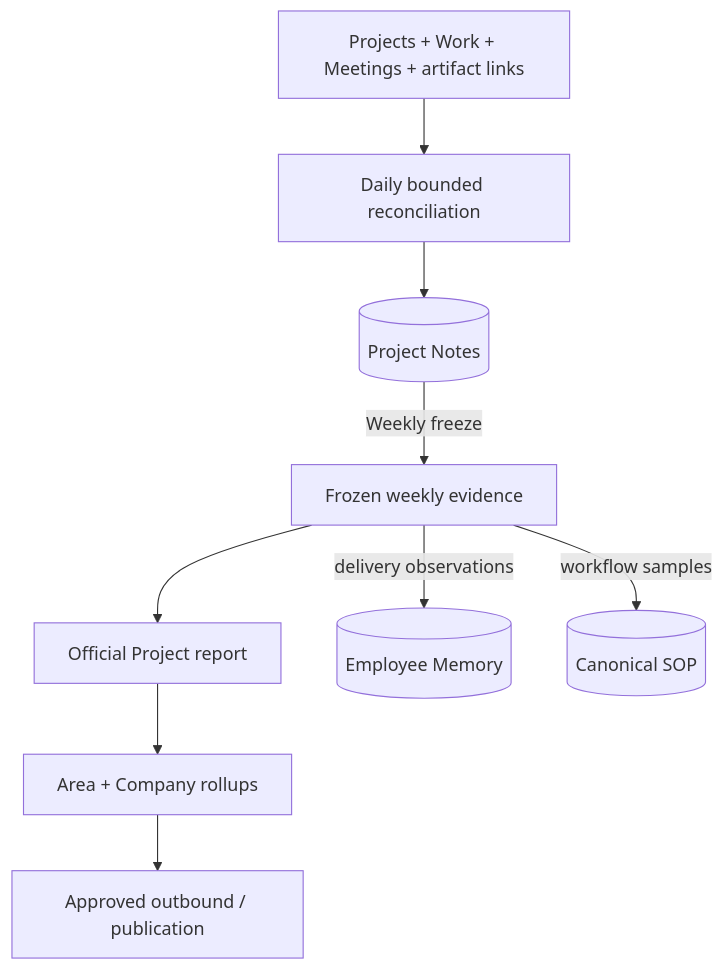
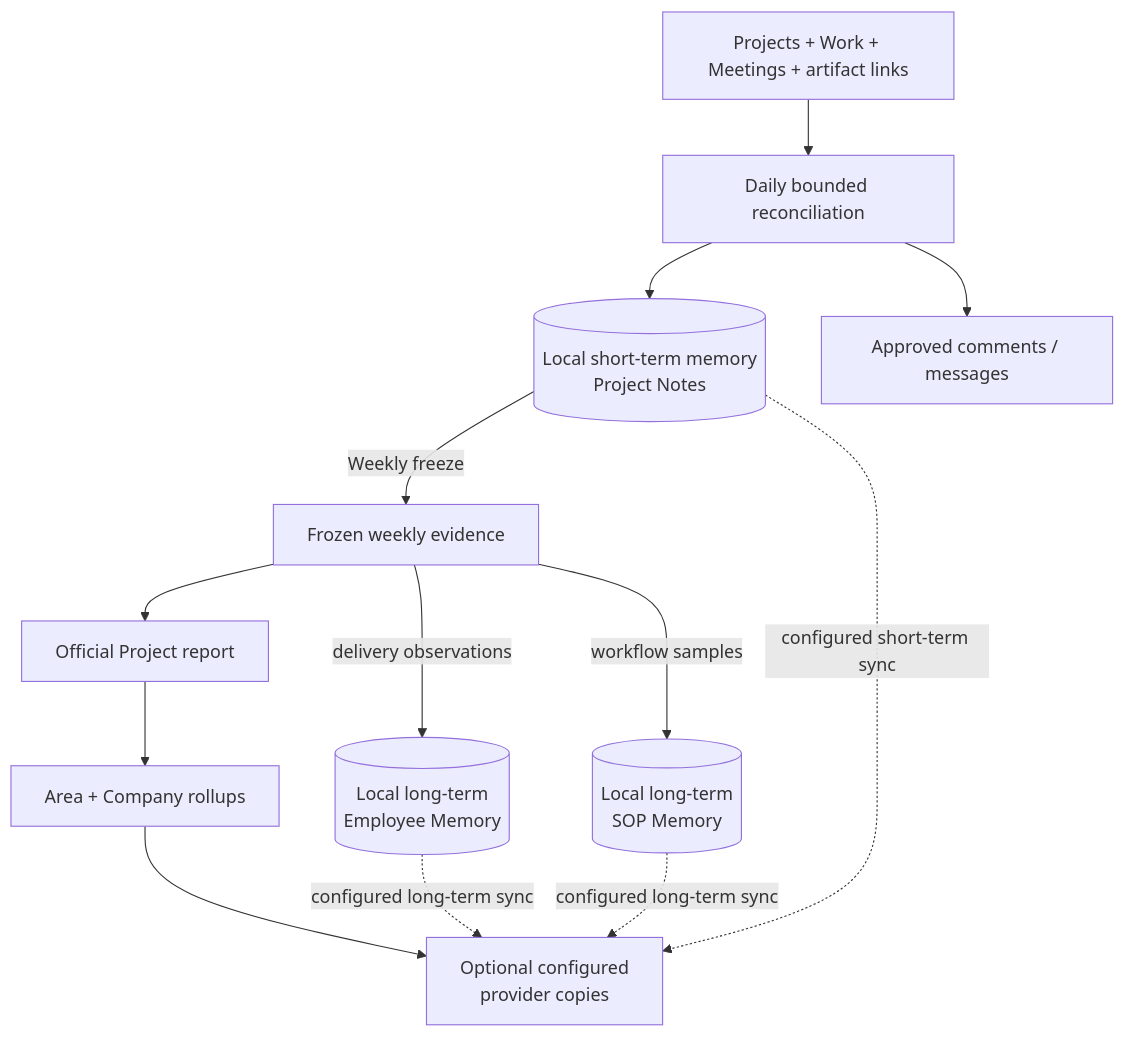
The second of 3 diagrams in docs/prd.md (ZanarkandTechnologies/KamdarAI), drawn with Mermaid before and after one commit. The commit also changed other lines of this file and 21 other files, not shown here.

````diff
--- a/docs/prd.md
+++ b/docs/prd.md
@@ -92,18 +92,23 @@
 ```mermaid
 flowchart TD
   sources[Projects + Work + Meetings + artifact links]
   daily[Daily bounded reconciliation]
-  cache[(Project Notes)]
+  cache[(Local short-term memory<br/>Project Notes)]
   freeze[Frozen weekly evidence]
   project[Official Project report]
-  employee[(Employee Memory)]
-  sop[(Canonical SOP)]
+  employee[(Local long-term<br/>Employee Memory)]
+  sop[(Local long-term<br/>SOP Memory)]
   rollups[Area + Company rollups]
-  outbound[Approved outbound / publication]
+  mirror[Optional configured<br/>provider copies]
+  outbound[Approved comments / messages]
 
   sources --> daily --> cache
   cache -->|Weekly freeze| freeze
-  freeze --> project --> rollups --> outbound
+  freeze --> project --> rollups --> mirror
   freeze -->|delivery observations| employee
   freeze -->|workflow samples| sop
+  cache -. configured short-term sync .-> mirror
+  employee -. configured long-term sync .-> mirror
+  sop -. configured long-term sync .-> mirror
+  daily --> outbound
 ```
````
